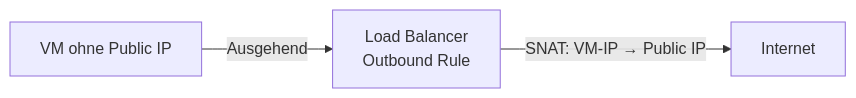
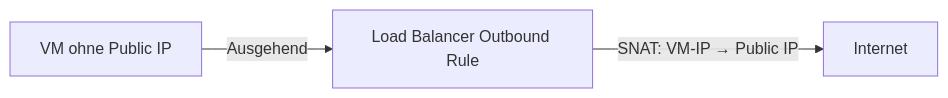
One commit to SoniiiT/notes-n-docs changed the third of 5 diagrams in Microsoft 365/Azure/Netzwerk/Azure Load Balancer.md. Above: the diagram before and after it, drawn with Mermaid. The commit also changed other lines of this file and 124 other files, not shown here.

First line of the commit message:
fix: Entferne \n aus allen Mermaid-Diagrammen (125 Dateien)

````diff
--- a/Microsoft 365/Azure/Netzwerk/Azure Load Balancer.md
+++ b/Microsoft 365/Azure/Netzwerk/Azure Load Balancer.md
@@ -178,5 +178,5 @@
 ```mermaid
 graph LR
-    VM[VM ohne Public IP] -->|Ausgehend| LB[Load Balancer\nOutbound Rule]
+    VM[VM ohne Public IP] -->|Ausgehend| LB[Load Balancer Outbound Rule]
     LB -->|SNAT: VM-IP → Public IP| INT[Internet]
 ```
````
